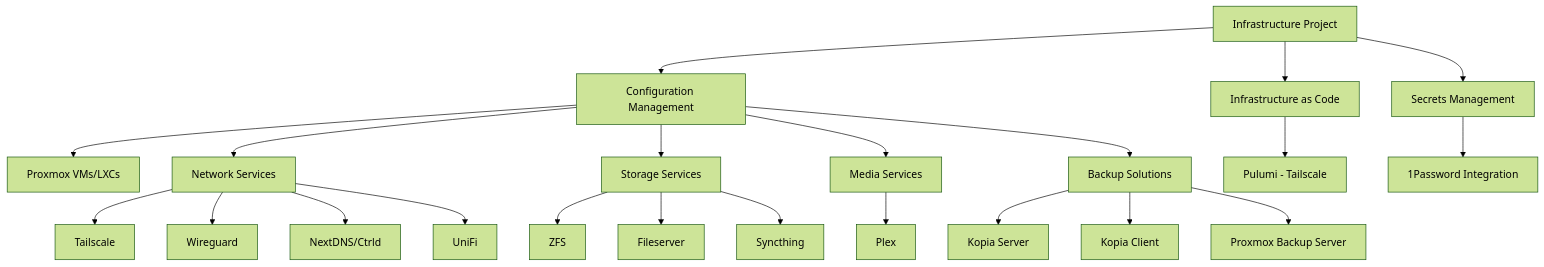
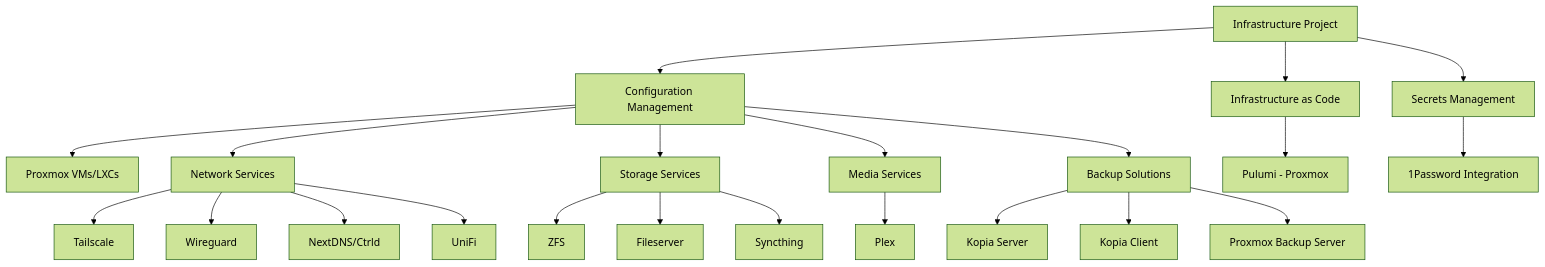
Before and after one commit to nalabelle/infra: the diagram in README.md, drawn with Mermaid (forest theme). The commit also changed other lines of this file and 10 other files, not shown here.

````diff
--- a/README.md
+++ b/README.md
@@ -7,31 +7,31 @@
 ```mermaid
 graph TD
     A[Infrastructure Project] --> B[Configuration Management]
     A --> C[Infrastructure as Code]
     A --> D[Secrets Management]
 
     B --> E[Proxmox VMs/LXCs]
     B --> F[Network Services]
     B --> G[Storage Services]
     B --> H[Media Services]
     B --> I[Backup Solutions]
 
-    C --> J[Pulumi - Tailscale]
+    C --> J[Pulumi - Proxmox]
 
     D --> K[1Password Integration]
 
     F --> L[Tailscale]
     F --> M[Wireguard]
     F --> N[NextDNS/Ctrld]
     F --> O[UniFi]
 
     G --> P[ZFS]
     G --> Q[Fileserver]
     G --> R[Syncthing]
 
     I --> S[Kopia Server]
     I --> T[Kopia Client]
     I --> U[Proxmox Backup Server]
 
     H --> V[Plex]
 ```
````
